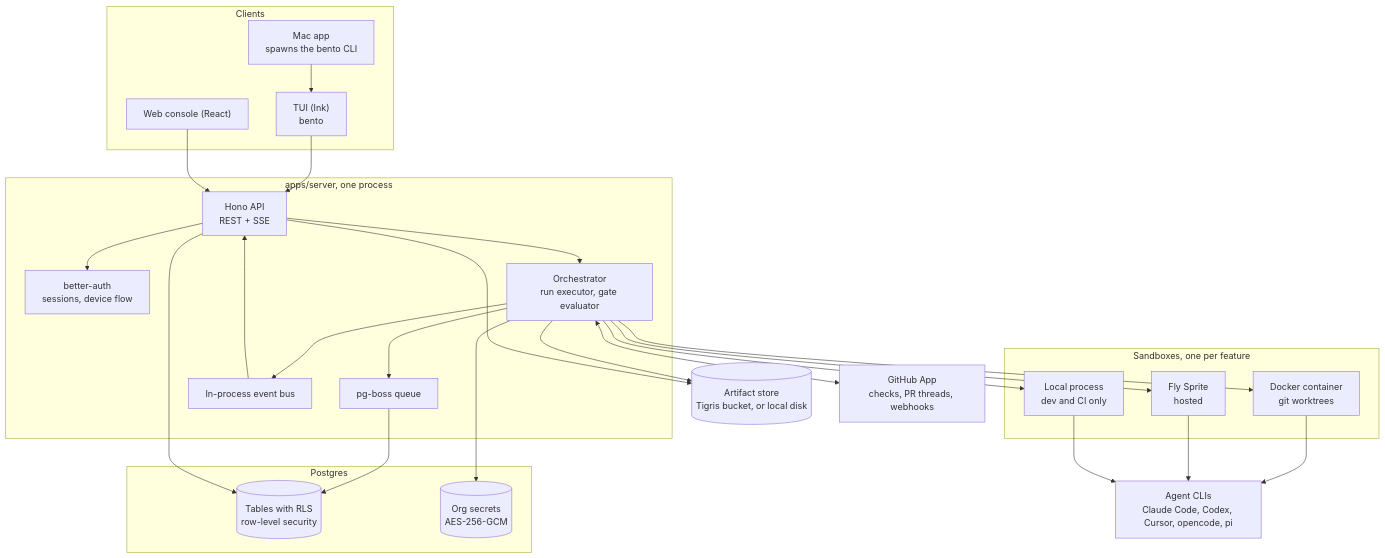
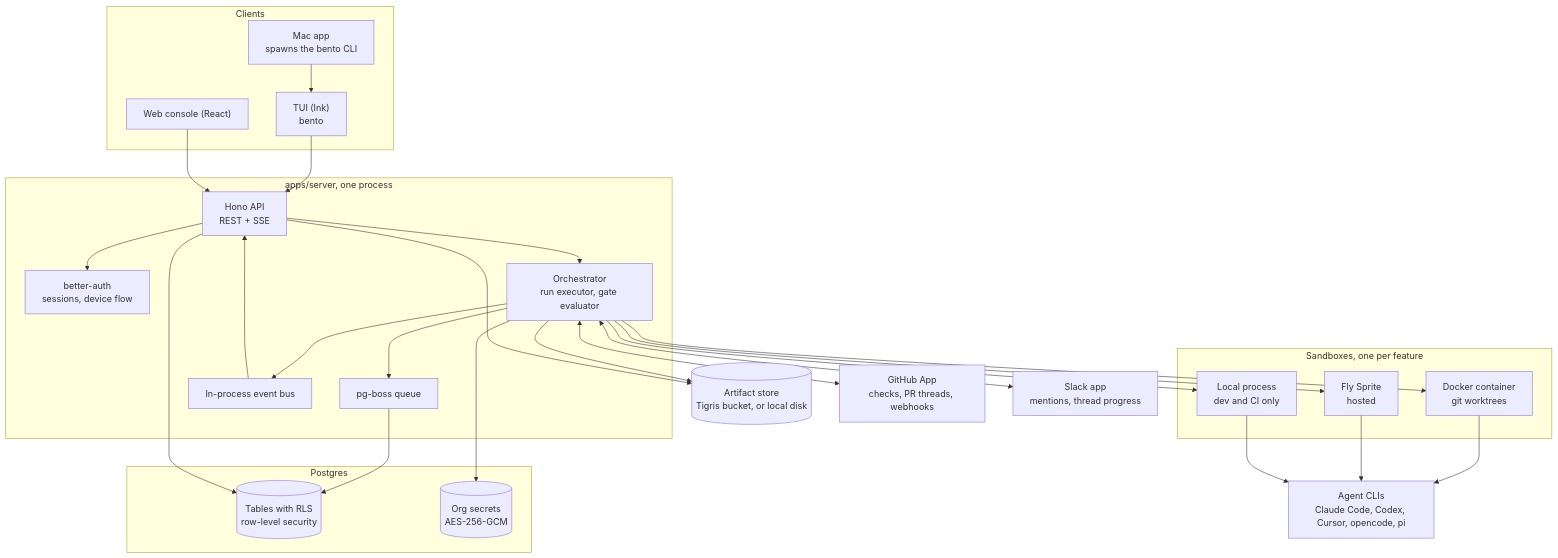
Before and after one commit to danielpang/bento: the first of 4 diagrams in docs/architecture.md, drawn with Mermaid. The commit also changed 36 other files, not shown here.

First line of the commit message:
Add Slack cards that keep their thread in sync with runs and stages

````diff
--- a/docs/architecture.md
+++ b/docs/architecture.md
@@ -9,53 +9,55 @@
 ```mermaid
 flowchart TB
     subgraph clients [Clients]
         tui["TUI (Ink)<br/>bento"]
         web["Web console (React)"]
         mac["Mac app<br/>spawns the bento CLI"]
     end
 
     subgraph server [apps/server, one process]
         api["Hono API<br/>REST + SSE"]
         auth["better-auth<br/>sessions, device flow"]
         orch["Orchestrator<br/>run executor, gate evaluator"]
         queue["pg-boss queue"]
         bus["In-process event bus"]
     end
 
     subgraph data [Postgres]
         db[("Tables with RLS<br/>row-level security")]
         secrets[("Org secrets<br/>AES-256-GCM")]
     end
 
     store[("Artifact store<br/>Tigris bucket, or local disk")]
 
     subgraph sandboxes [Sandboxes, one per feature]
         docker["Docker container<br/>git worktrees"]
         sprite["Fly Sprite<br/>hosted"]
         localproc["Local process<br/>dev and CI only"]
     end
 
     agents["Agent CLIs<br/>Claude Code, Codex, Cursor, opencode, pi"]
     github["GitHub App<br/>checks, PR threads, webhooks"]
+    slack["Slack app<br/>mentions, thread progress"]
 
     tui --> api
     web --> api
     mac --> tui
     api --> auth
     api --> orch
     orch --> queue
     queue --> db
     api --> db
     orch --> secrets
     orch --> docker
     orch --> sprite
     orch --> localproc
     docker --> agents
     sprite --> agents
     localproc --> agents
     orch <--> github
+    orch <--> slack
     orch --> bus
     bus --> api
     orch --> store
     api --> store
 ```
````
